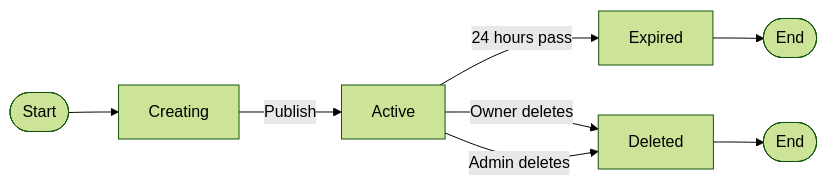
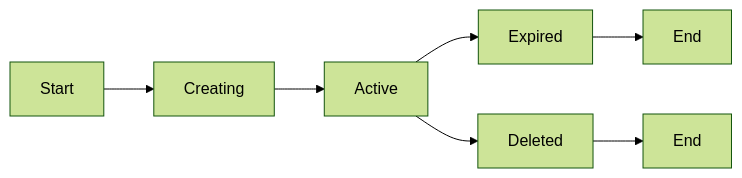
One commit to vd120/laravel_project changed diagram 19 of 29 in UML.md. Above: the diagram before and after it, drawn with Mermaid (forest theme). The commit also changed other lines of this file, not shown here.

````diff
--- a/UML.md
+++ b/UML.md
@@ -1105,10 +1098,9 @@
 ```mermaid
 flowchart LR
-    A([Start]) --> B[Creating]
-    B -->|Publish| C[Active]
-    C -->|24 hours pass| D[Expired]
-    C -->|Owner deletes| E[Deleted]
-    C -->|Admin deletes| E
-    D --> F([End])
-    E --> G([End])
+    A[Start] --> B[Creating]
+    B --> C[Active]
+    C --> D[Expired]
+    C --> E[Deleted]
+    D --> F[End]
+    E --> G[End]
 ```
````
